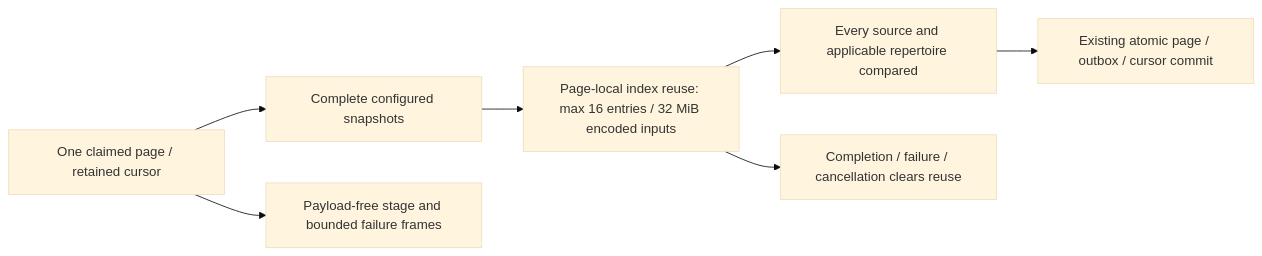
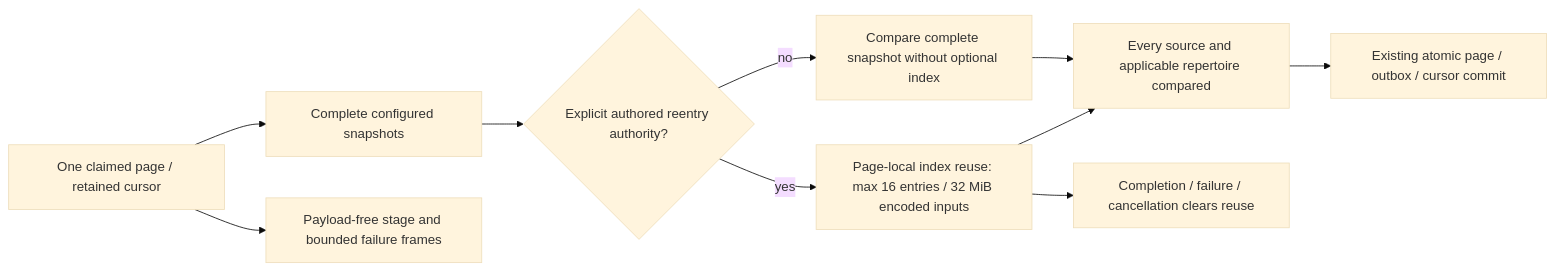
Before and after one commit to aaweaver-actuary/tempo: the tenth of 10 diagrams in backend/app/product_composition/README.md, drawn with Mermaid (base theme). The commit also changed other lines of this file and 7 other files, not shown here.

Commit message:
Only build comparison indexes for explicit reentry authority

````diff
--- a/backend/app/product_composition/README.md
+++ b/backend/app/product_composition/README.md
@@ -694,9 +694,12 @@
 ```mermaid
 flowchart LR
   Page[One claimed page / retained cursor] --> Snapshots[Complete configured snapshots]
-  Snapshots --> Scope[Page-local index reuse: max 16 entries / 32 MiB encoded inputs]
+  Snapshots --> Reentry{Explicit authored reentry authority?}
+  Reentry -->|yes| Scope[Page-local index reuse: max 16 entries / 32 MiB encoded inputs]
+  Reentry -->|no| Complete[Compare complete snapshot without optional index]
   Scope --> Compare[Every source and applicable repertoire compared]
+  Complete --> Compare
   Compare --> Commit[Existing atomic page / outbox / cursor commit]
   Scope --> Clear[Completion / failure / cancellation clears reuse]
   Page --> Diag[Payload-free stage and bounded failure frames]
 ```
````
